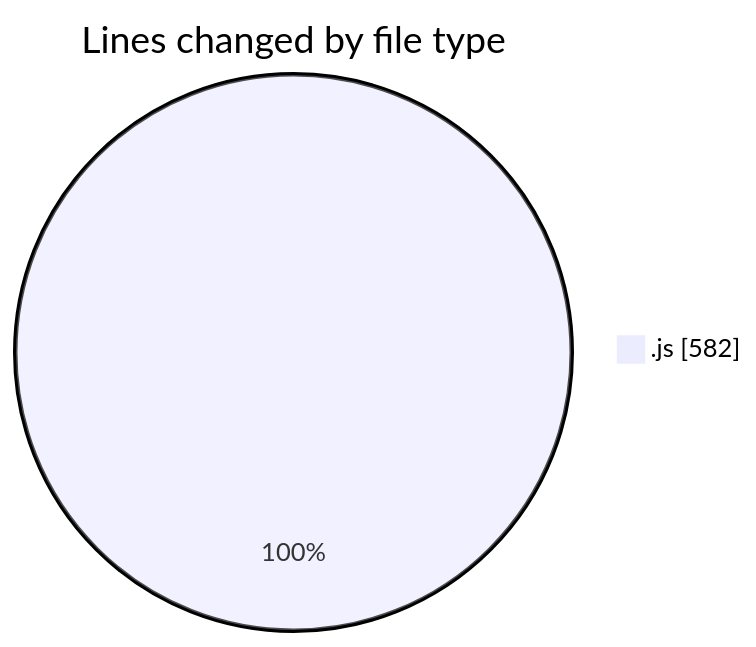
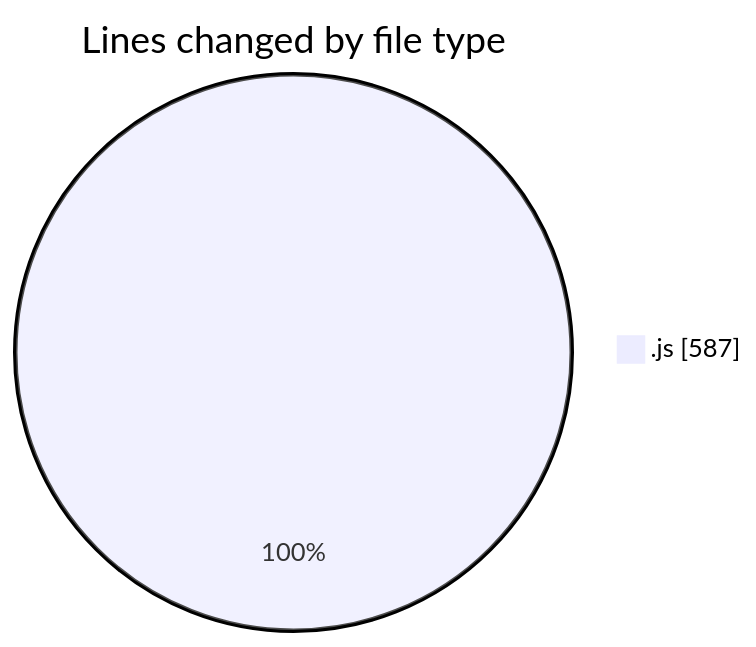
One commit to momahboobian/code-tracking changed the first of 2 diagrams in 2025-02-04/cda/README.md. Above: the diagram before and after it, drawn with Mermaid. The commit also changed other lines of this file and 1 other file, not shown here.

````diff
--- a/2025-02-04/cda/README.md
+++ b/2025-02-04/cda/README.md
@@ -22,5 +22,5 @@
 ```mermaid
 pie showData
 title Lines changed by file type
-".js" : 582
+".js" : 587
 ```
````
